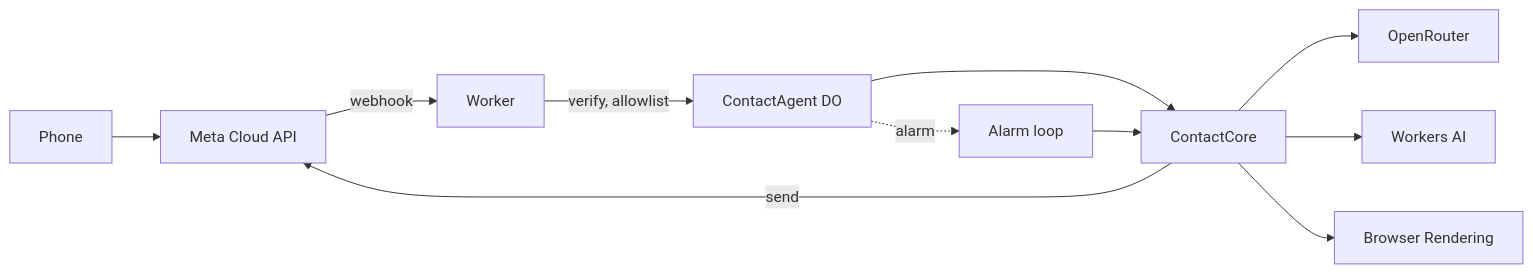
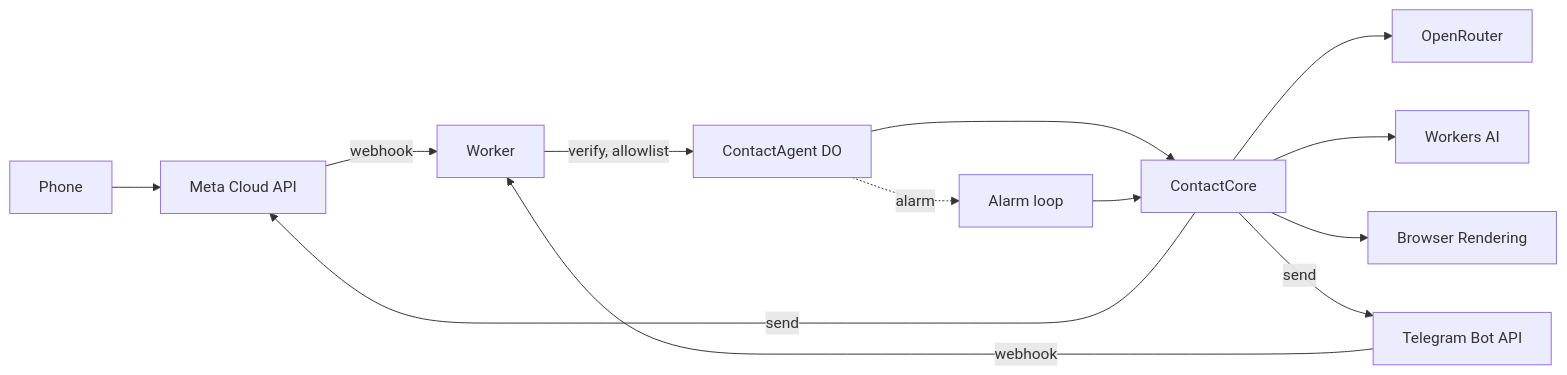
The diagram in README.md (aldaonggar/wapp-agent), drawn with Mermaid before and after one commit. The commit also changed other lines of this file and 2 other files, not shown here.

Commit message:
docs: Telegram transport in README, SETUP section 9, design 4.18

````diff
--- a/README.md
+++ b/README.md
@@ -33,13 +35,15 @@
 ```mermaid
 flowchart LR
   P[Phone] --> M[Meta Cloud API]
   M -->|webhook| W[Worker]
+  T[Telegram Bot API] -->|webhook| W
   W -->|verify, allowlist| D[ContactAgent DO]
   D --> C[ContactCore]
   C --> O[OpenRouter]
   C --> A[Workers AI]
   C --> B[Browser Rendering]
   C -->|send| M
+  C -->|send| T
   D -.->|alarm| L[Alarm loop]
   L --> C
 ```
````
